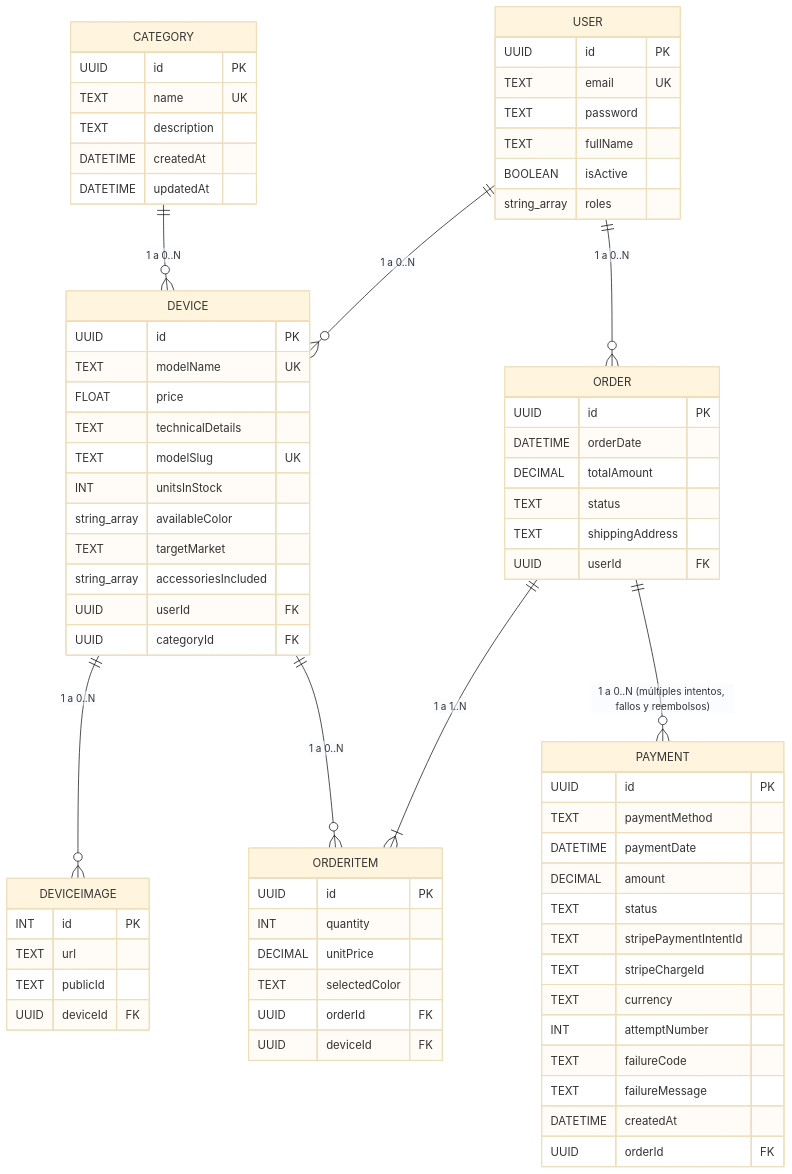
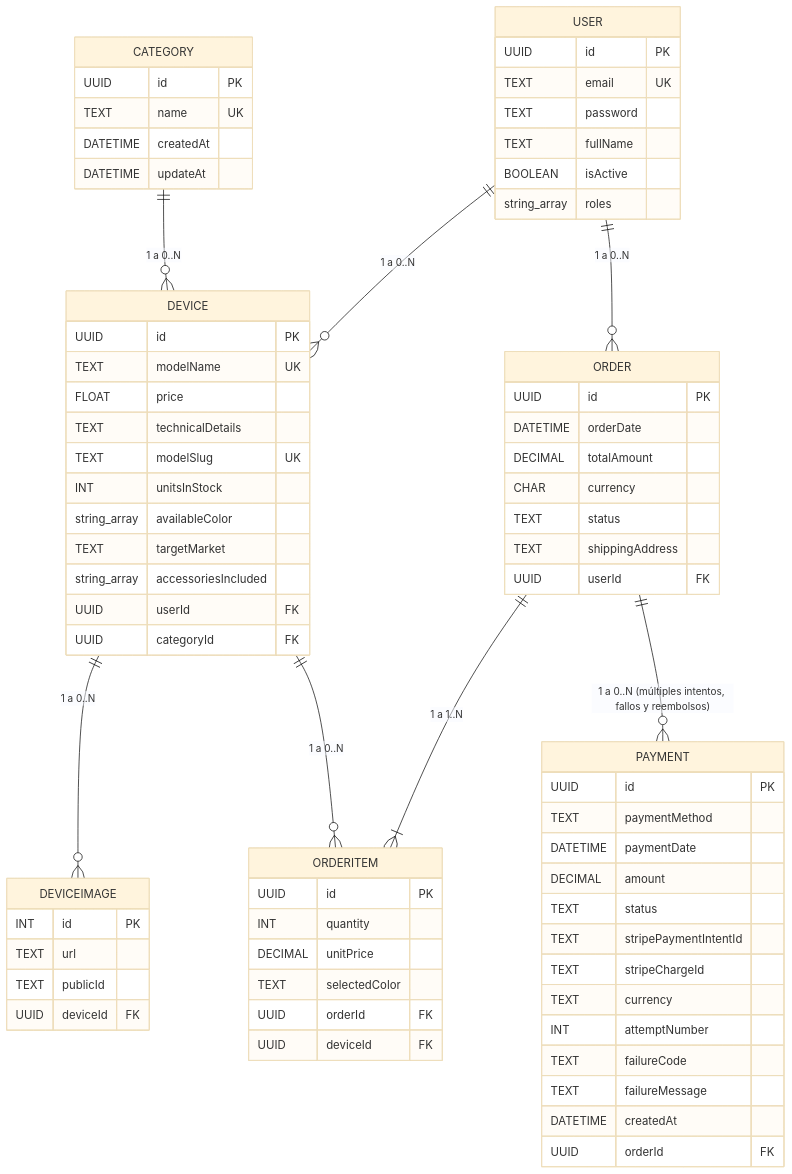
One commit to lugoz99/app-mobistore changed the first of 2 diagrams in diccionario-datos-app-mobistore.md. Above: the diagram before and after it, drawn with Mermaid (base theme). The commit also changed other lines of this file and 9 other files, not shown here.

```diff
--- a/diccionario-datos-app-mobistore.md
+++ b/diccionario-datos-app-mobistore.md
@@ -38,6 +50,7 @@
         UUID id PK
         DATETIME orderDate
         DECIMAL totalAmount
+        CHAR currency
         TEXT status
         TEXT shippingAddress
         UUID userId FK
@@ -71,12 +84,11 @@
     CATEGORY {
         UUID id PK
         TEXT name UK
-        TEXT description
         DATETIME createdAt
-        DATETIME updatedAt
+        DATETIME updateAt
     }
 
-    %% Relaciones con cardinalidades numéricas
+    %% Each order item belongs to one order and one device.
     USER ||--o{ DEVICE : "1 a 0..N"
     USER ||--o{ ORDER : "1 a 0..N"
     DEVICE ||--o{ DEVICEIMAGE : "1 a 0..N"
```
